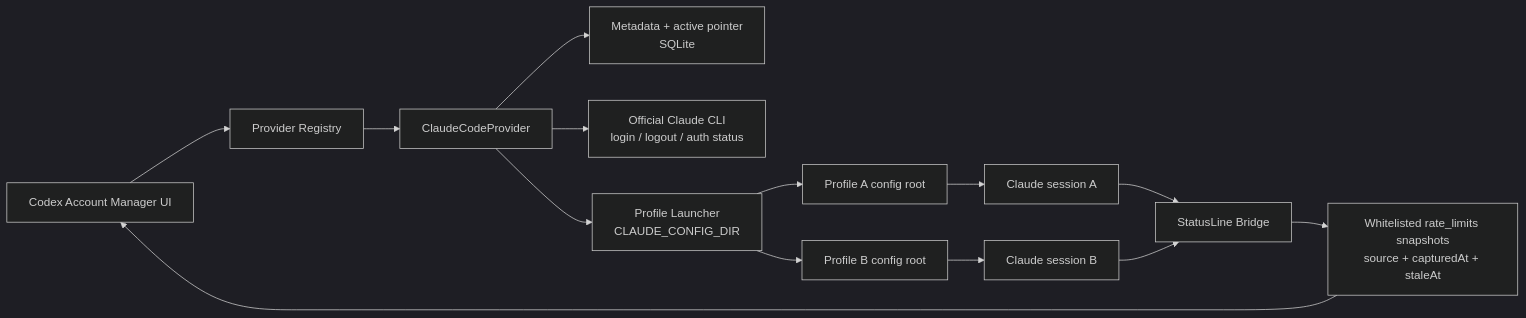
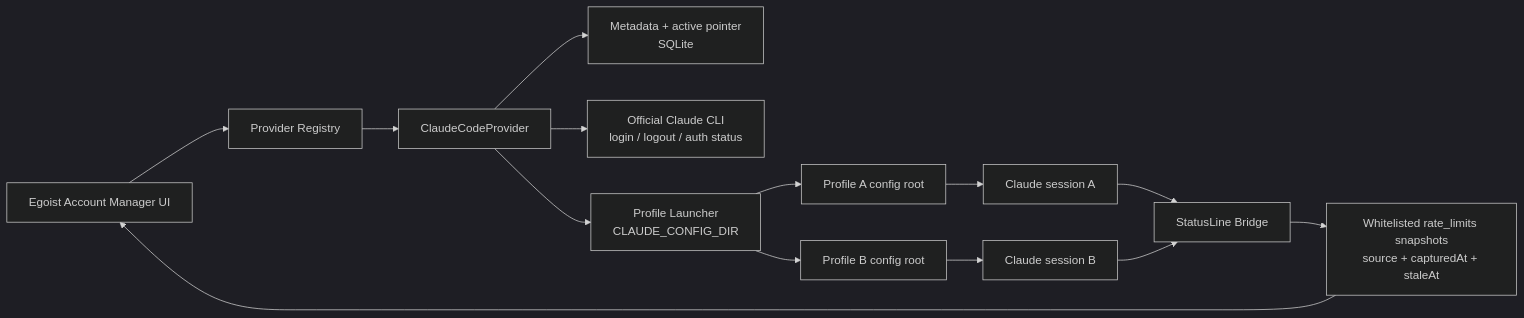
One commit to egoist-ai1/egoist-account-manager changed the diagram in docs/research/claude-code-provider-integration-2026-08-02.md. Above: the diagram before and after it, drawn with Mermaid (dark theme). The commit also changed other lines of this file and 82 other files, not shown here.

Commit message:
release: Egoist Account Manager 3.1.6

````diff
--- a/docs/research/claude-code-provider-integration-2026-08-02.md
+++ b/docs/research/claude-code-provider-integration-2026-08-02.md
@@ -169,16 +169,16 @@
 ```mermaid
 flowchart LR
-    UI["Codex Account Manager UI"] --> REG["Provider Registry"]
+    UI["Egoist Account Manager UI"] --> REG["Provider Registry"]
     REG --> CP["ClaudeCodeProvider"]
     CP --> STORE["Metadata + active pointer\nSQLite"]
     CP --> CLI["Official Claude CLI\nlogin / logout / auth status"]
     CP --> LAUNCH["Profile Launcher\nCLAUDE_CONFIG_DIR"]
     LAUNCH --> P1["Profile A config root"]
     LAUNCH --> P2["Profile B config root"]
     P1 --> S1["Claude session A"]
     P2 --> S2["Claude session B"]
     S1 --> BRIDGE["StatusLine Bridge"]
     S2 --> BRIDGE
     BRIDGE --> QUOTA["Whitelisted rate_limits snapshots\nsource + capturedAt + staleAt"]
     QUOTA --> UI
 ```
````
